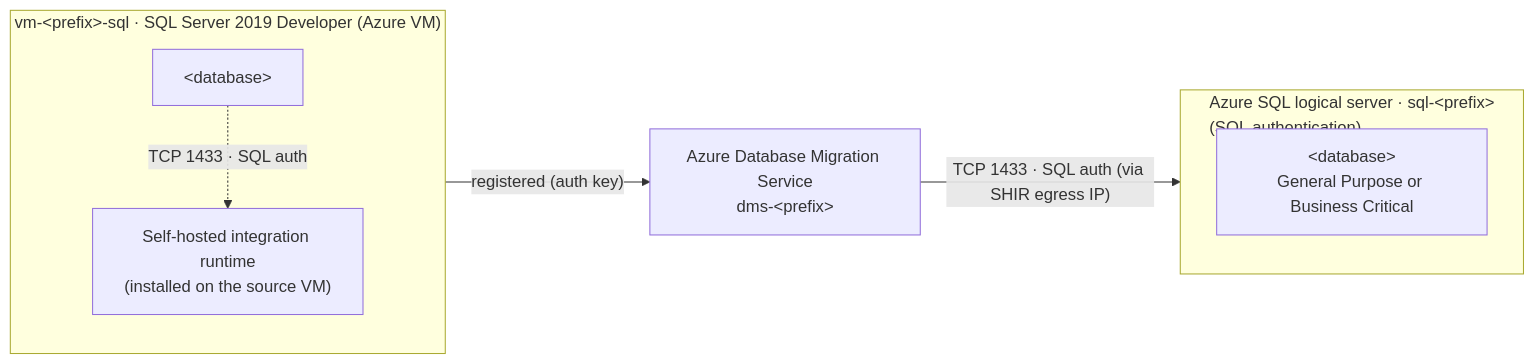
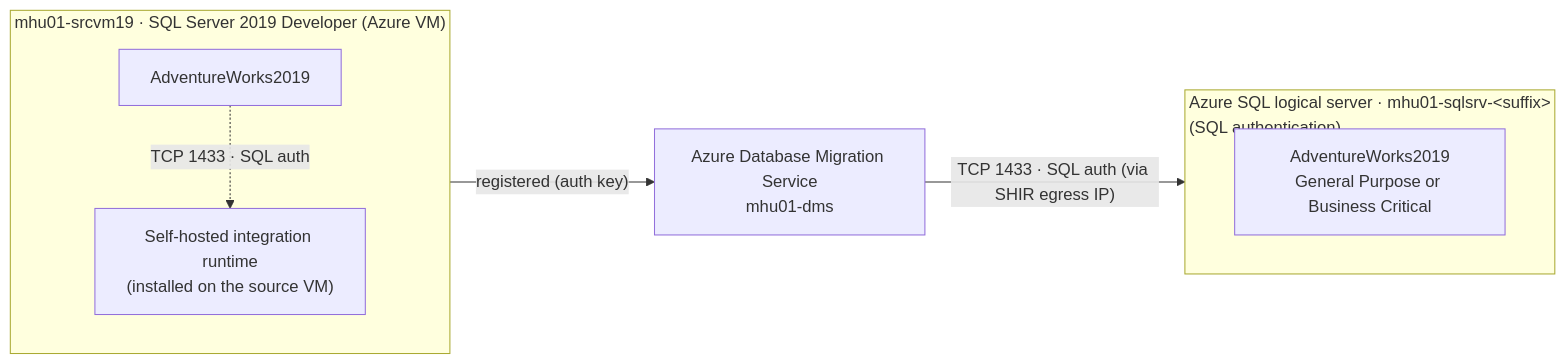
Before and after one commit to aofvalley/microhack-sql-2026: the diagram in walkthrough/challenge-02/solution-02.md, drawn with Mermaid. The commit also changed other lines of this file and 1 other file, not shown here.

````diff
--- a/walkthrough/challenge-02/solution-02.md
+++ b/walkthrough/challenge-02/solution-02.md
@@ -56,19 +55,19 @@
 ```mermaid
 flowchart LR
-    subgraph SRC["vm-&lt;prefix&gt;-sql · SQL Server 2019 Developer (Azure VM)"]
+    subgraph SRC["mhu01-srcvm19 · SQL Server 2019 Developer (Azure VM)"]
         direction TB
-        DB["&lt;database&gt;"]
+        DB["AdventureWorks2019"]
         SHIR["Self-hosted integration runtime<br/>(installed on the source VM)"]
     end
 
-    DMS["Azure Database Migration Service<br/>dms-&lt;prefix&gt;"]
+    DMS["Azure Database Migration Service<br/>mhu01-dms"]
 
-    subgraph TGT["Azure SQL logical server · sql-&lt;prefix&gt;<br/>(SQL authentication)"]
+    subgraph TGT["Azure SQL logical server · mhu01-sqlsrv-&lt;suffix&gt;<br/>(SQL authentication)"]
         direction TB
-        TDB["&lt;database&gt;<br/>General Purpose or Business Critical"]
+        TDB["AdventureWorks2019<br/>General Purpose or Business Critical"]
     end
 
     DB -. "TCP 1433 · SQL auth" .-> SHIR
     SHIR -- "registered (auth key)" --> DMS
     DMS -- "TCP 1433 · SQL auth (via SHIR egress IP)" --> TGT
 ```
````
